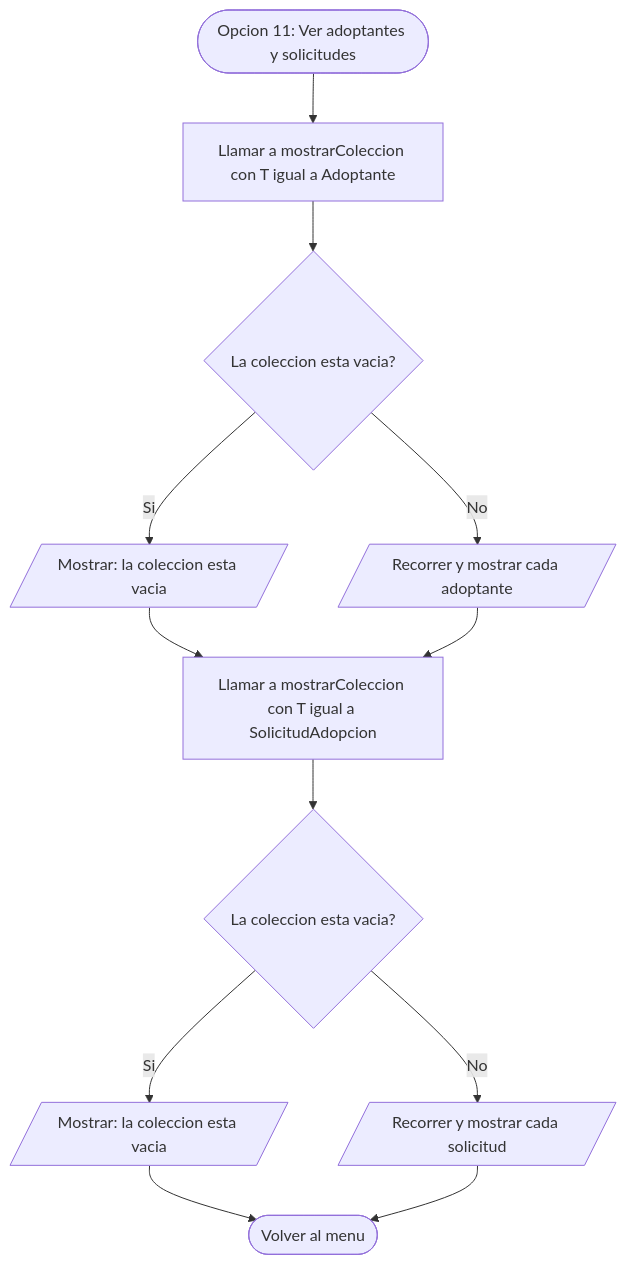
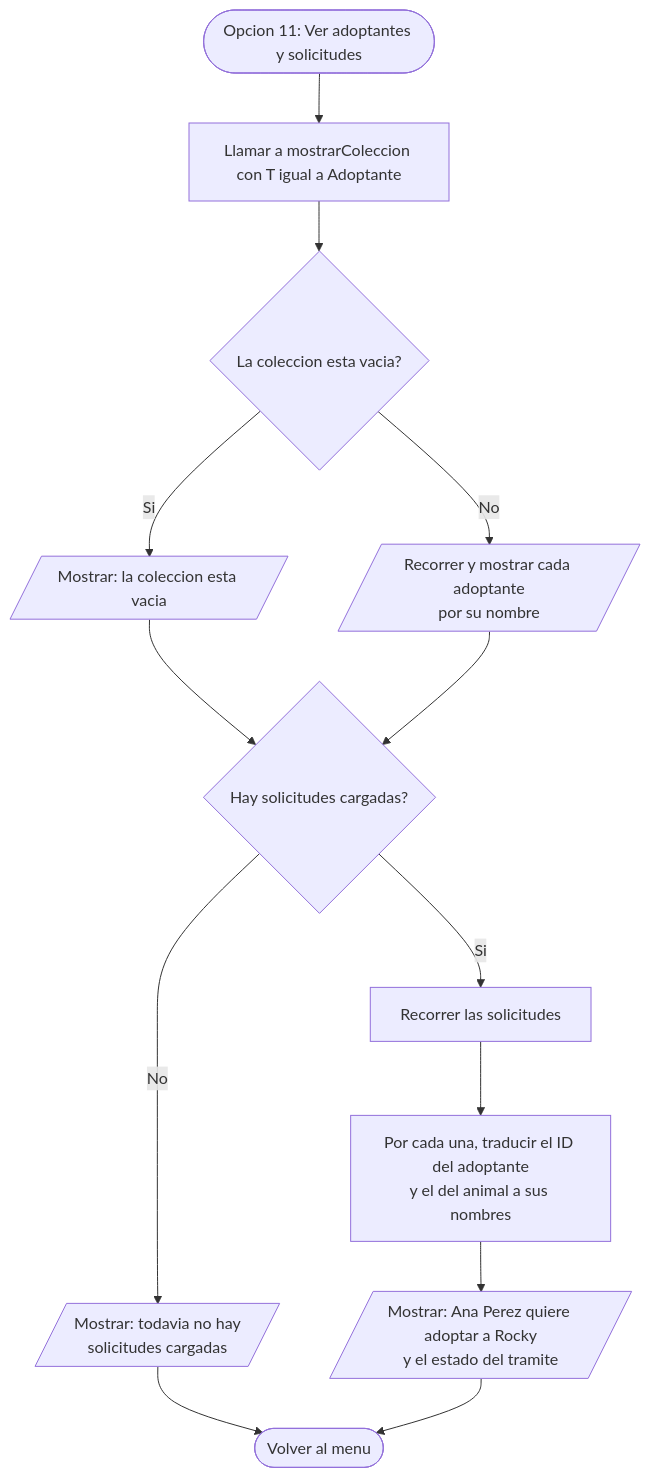
One commit to tobiastardivo/REFUGIO changed diagram 14 of 18 in DIAGRAMAS.md. Above: the diagram before and after it, drawn with Mermaid. The commit also changed other lines of this file and 7 other files, not shown here.

First line of the commit message:
Mostrar nombres en vez de IDs y avisar sin cartel de error

````diff
--- a/DIAGRAMAS.md
+++ b/DIAGRAMAS.md
@@ -468,20 +480,20 @@
 ```mermaid
 flowchart TD
     INI(["Opcion 11: Ver adoptantes y solicitudes"])
     T1["Llamar a mostrarColeccion con T igual a Adoptante"]
     V1{"La coleccion esta vacia?"}
     M1[/"Mostrar: la coleccion esta vacia"/]
-    L1[/"Recorrer y mostrar cada adoptante"/]
-    T2["Llamar a mostrarColeccion con T igual a SolicitudAdopcion"]
-    V2{"La coleccion esta vacia?"}
-    M2[/"Mostrar: la coleccion esta vacia"/]
-    L2[/"Recorrer y mostrar cada solicitud"/]
+    L1[/"Recorrer y mostrar cada adoptante<br/>por su nombre"/]
+    V2{"Hay solicitudes cargadas?"}
+    M2[/"Mostrar: todavia no hay<br/>solicitudes cargadas"/]
+    L2["Recorrer las solicitudes"]
+    TRAD["Por cada una, traducir el ID del adoptante<br/>y el del animal a sus nombres"]
+    SHOW[/"Mostrar: Ana Perez quiere adoptar a Rocky<br/>y el estado del tramite"/]
     FIN(["Volver al menu"])
 
     INI --> T1 --> V1
-    V1 -->|"Si"| M1 --> T2
-    V1 -->|"No"| L1 --> T2
-    T2 --> V2
-    V2 -->|"Si"| M2 --> FIN
-    V2 -->|"No"| L2 --> FIN
+    V1 -->|"Si"| M1 --> V2
+    V1 -->|"No"| L1 --> V2
+    V2 -->|"No"| M2 --> FIN
+    V2 -->|"Si"| L2 --> TRAD --> SHOW --> FIN
 ```
````
